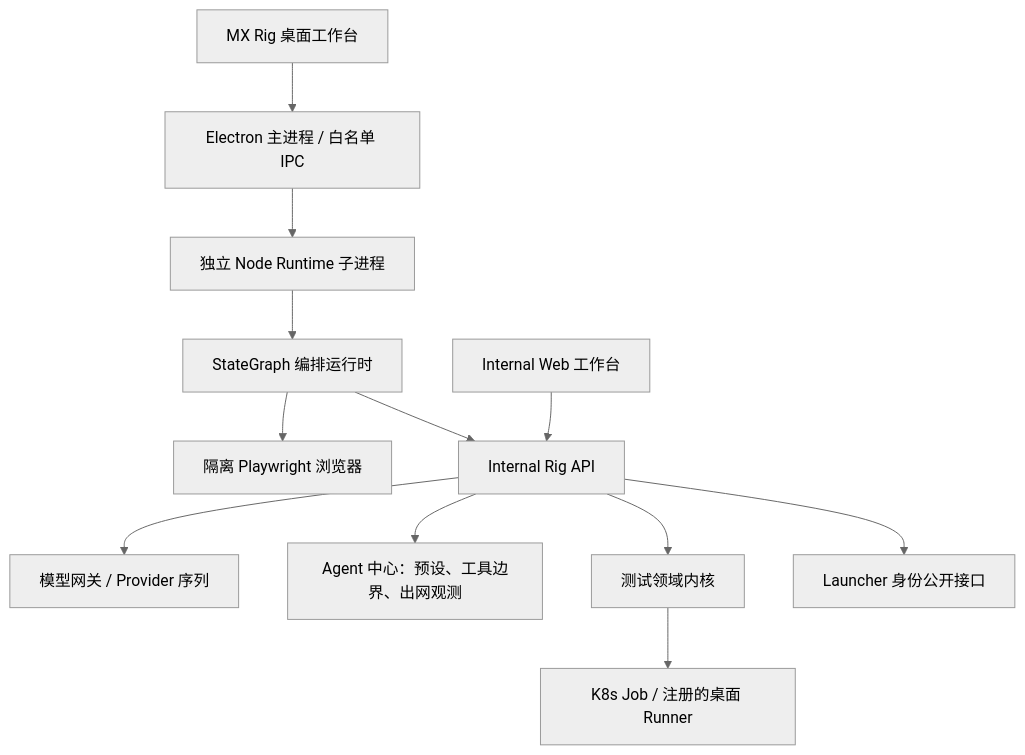
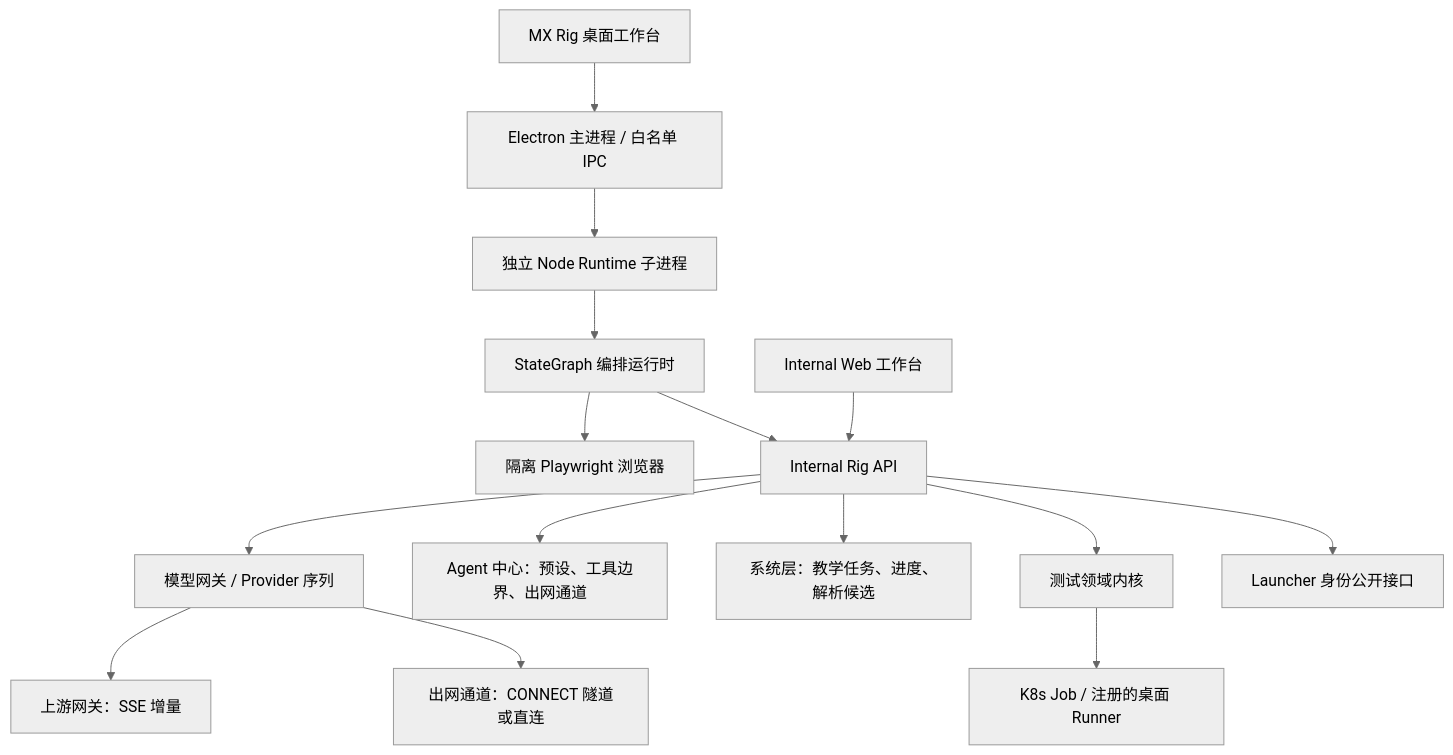
One commit to qpjoy/de-llaaddddeerr changed the diagram in electron-dock/mx-rig/docs/01-architecture.md. Above: the diagram before and after it, drawn with Mermaid (neutral theme). The commit also changed other lines of this file and 40 other files, not shown here.

Commit message:
hub rag search & rig stream flow

````diff
--- a/electron-dock/mx-rig/docs/01-architecture.md
+++ b/electron-dock/mx-rig/docs/01-architecture.md
@@ -9,14 +9,17 @@
 ```mermaid
 flowchart TD
   D[MX Rig 桌面工作台] --> P[Electron 主进程 / 白名单 IPC]
   P --> R[独立 Node Runtime 子进程]
   R --> G[StateGraph 编排运行时]
   G --> B[隔离 Playwright 浏览器]
   G --> S[Internal Rig API]
   W[Internal Web 工作台] --> S
   S --> M[模型网关 / Provider 序列]
-  S --> A[Agent 中心：预设、工具边界、出网观测]
+  M --> U[上游网关：SSE 增量]
+  M --> X[出网通道：CONNECT 隧道或直连]
+  S --> A[Agent 中心：预设、工具边界、出网通道]
+  S --> Y[系统层：教学任务、进度、解析候选]
   S --> T[测试领域内核]
   T --> J[K8s Job / 注册的桌面 Runner]
   S --> I[Launcher 身份公开接口]
 ```
````
